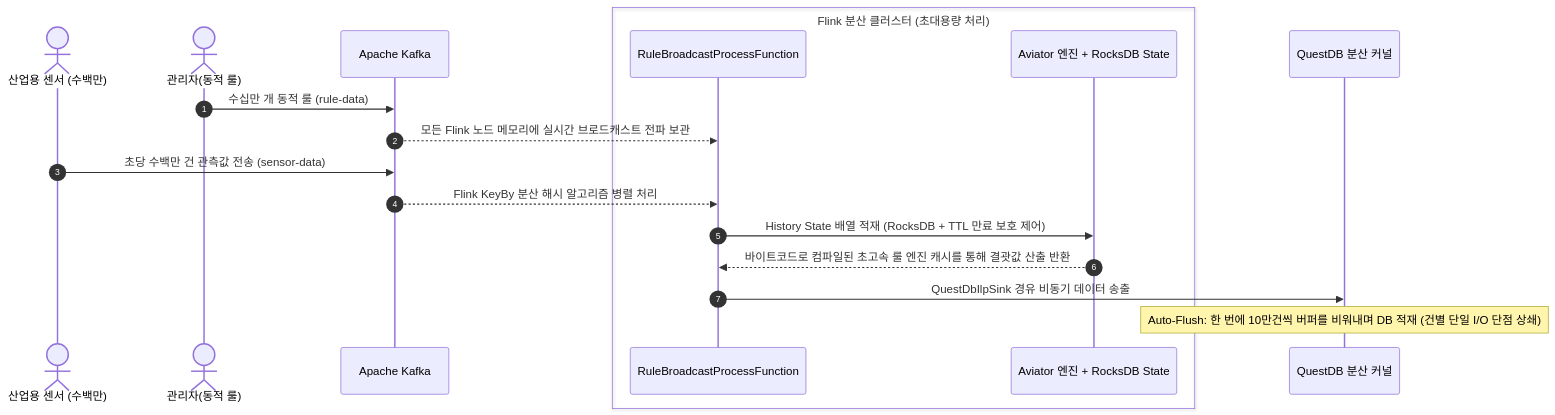
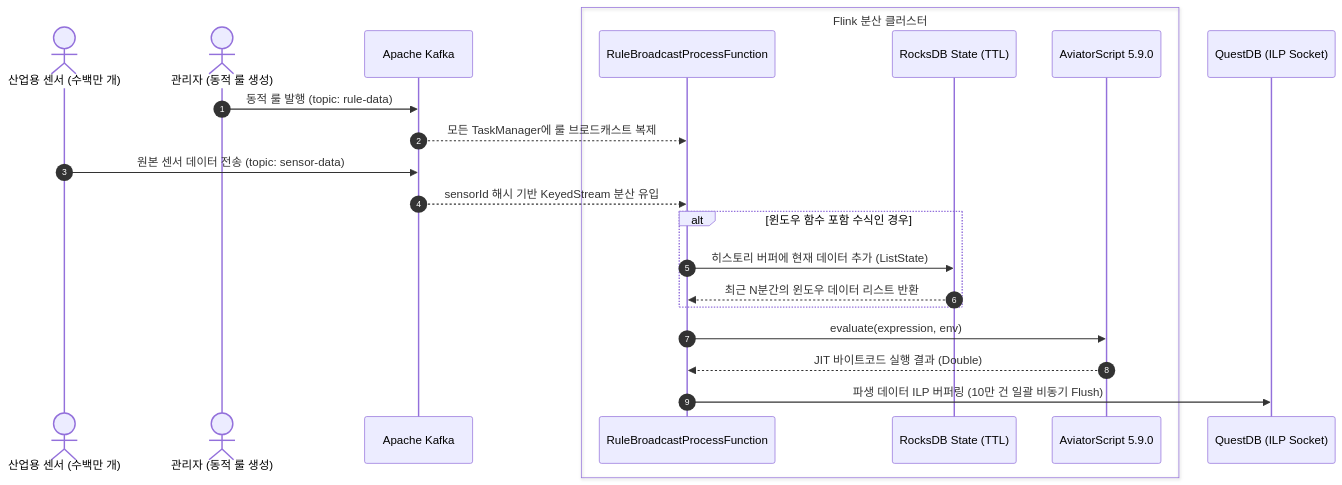
Before and after one commit to imoil/formula-evaluator-service: the third of 6 diagrams in ARCHITECTURE_GUIDE.md, drawn with Mermaid. The commit also changed other lines of this file and 2 other files, not shown here.

Commit message:
docs: update architecture guide, readme, and development harness for Gradle multi-module

````diff
--- a/ARCHITECTURE_GUIDE.md
+++ b/ARCHITECTURE_GUIDE.md
@@ -98,24 +173,29 @@
 ```mermaid
 sequenceDiagram
     autonumber
-    actor Sensor as 산업용 센서 (수백만)
-    actor Admin as 관리자(동적 룰)
+    actor Sensor as 산업용 센서 (수백만 개)
+    actor Admin as 관리자 (동적 룰 생성)
     participant Kafka as Apache Kafka
-    box Flink 분산 클러스터 (초대용량 처리)
+    box Flink 분산 클러스터
         participant BroadcastFn as RuleBroadcastProcessFunction
-        participant Engine as Aviator 엔진 + RocksDB State
+        participant State as RocksDB State (TTL)
+        participant Engine as AviatorScript 5.9.0
     end
-    participant QuestDB as QuestDB 분산 커널
+    participant QuestDB as QuestDB (ILP Socket)
 
-    Admin->>Kafka: 수십만 개 동적 룰 (rule-data)
-    Kafka-->>BroadcastFn: 모든 Flink 노드 메모리에 실시간 브로드캐스트 전파 보관
+    Admin->>Kafka: 동적 룰 발행 (topic: rule-data)
+    Kafka-->>BroadcastFn: 모든 TaskManager에 룰 브로드캐스트 복제
     
-    Sensor->>Kafka: 초당 수백만 건 관측값 전송 (sensor-data)
-    Kafka-->>BroadcastFn: Flink KeyBy 분산 해시 알고리즘 병렬 처리
+    Sensor->>Kafka: 원본 센서 데이터 전송 (topic: sensor-data)
+    Kafka-->>BroadcastFn: sensorId 해시 기반 KeyedStream 분산 유입
     
-    BroadcastFn->>Engine: History State 배열 적재 (RocksDB + TTL 만료 보호 제어)
-    Engine-->>BroadcastFn: 바이트코드로 컴파일된 초고속 룰 엔진 캐시를 통해 결괏값 산출 반환
+    alt 윈도우 함수 포함 수식인 경우
+        BroadcastFn->>State: 히스토리 버퍼에 현재 데이터 추가 (ListState)
+        State-->>BroadcastFn: 최근 N분간의 윈도우 데이터 리스트 반환
+    end
+
+    BroadcastFn->>Engine: evaluate(expression, env)
+    Engine-->>BroadcastFn: JIT 바이트코드 실행 결과 (Double)
     
-    BroadcastFn->>QuestDB: QuestDbIlpSink 경유 비동기 데이터 송출
-    Note over QuestDB: Auto-Flush: 한 번에 10만건씩 버퍼를 비워내며 DB 적재 (건별 단일 I/O 단점 상쇄)
+    BroadcastFn->>QuestDB: 파생 데이터 ILP 버퍼링 (10만 건 일괄 비동기 Flush)
 ```
````
